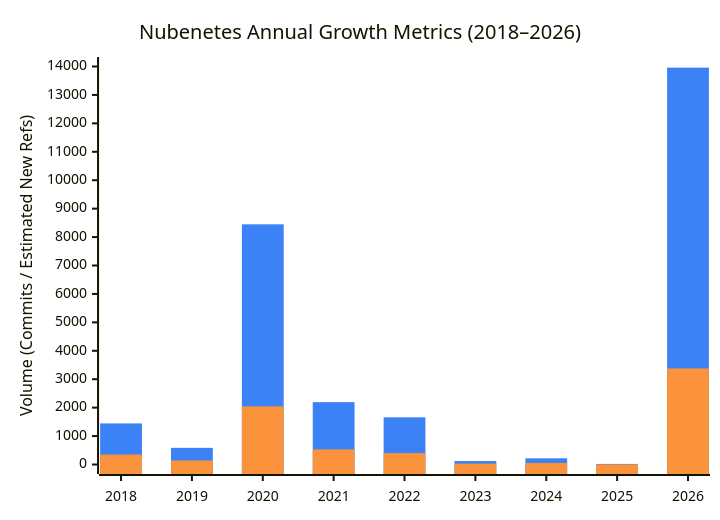
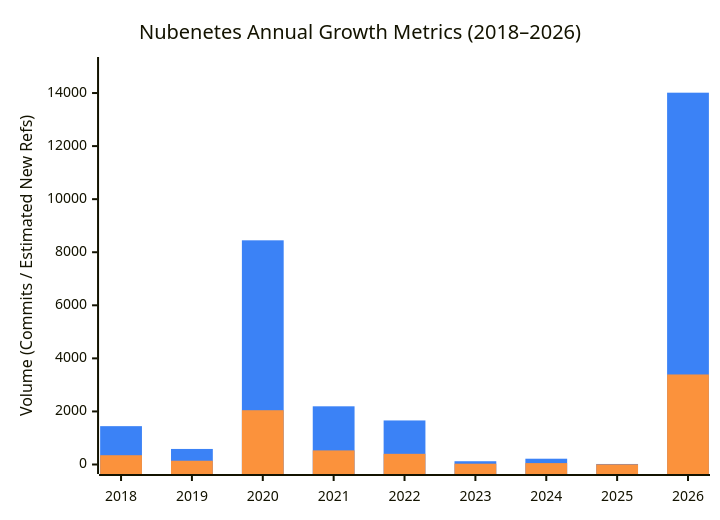
Before and after one commit to nubenetes/awesome-kubernetes: the first of 14 diagrams in README.md, drawn with Mermaid. The commit also changed other lines of this file, not shown here.

````diff
--- a/README.md
+++ b/README.md
@@ -187,15 +187,15 @@
 ```mermaid
 ---
 config:
   themeVariables:
     xyChart:
       plotColorPalette: '#3b82f6, #fb923c'
   theme: mc
 ---
 xychart-beta
     title "Nubenetes Annual Growth Metrics (2018–2026)"
     x-axis ["2018", "2019", "2020", "2021", "2022", "2023", "2024", "2025", "2026"]
-    y-axis "Volume (Commits / Estimated New Refs)" 0 --> 14000
-    bar [1445, 586, 8449, 2193, 1660, 123, 218, 20, 13959]
-    bar [350, 142, 2046, 531, 402, 30, 53, 5, 3380]
+    y-axis "Volume (Commits / Estimated New Refs)" 0 --> 15000
+    bar [1445, 586, 8449, 2193, 1660, 123, 218, 20, 14013]
+    bar [350, 142, 2046, 531, 402, 30, 53, 5, 3393]
 ```
````
